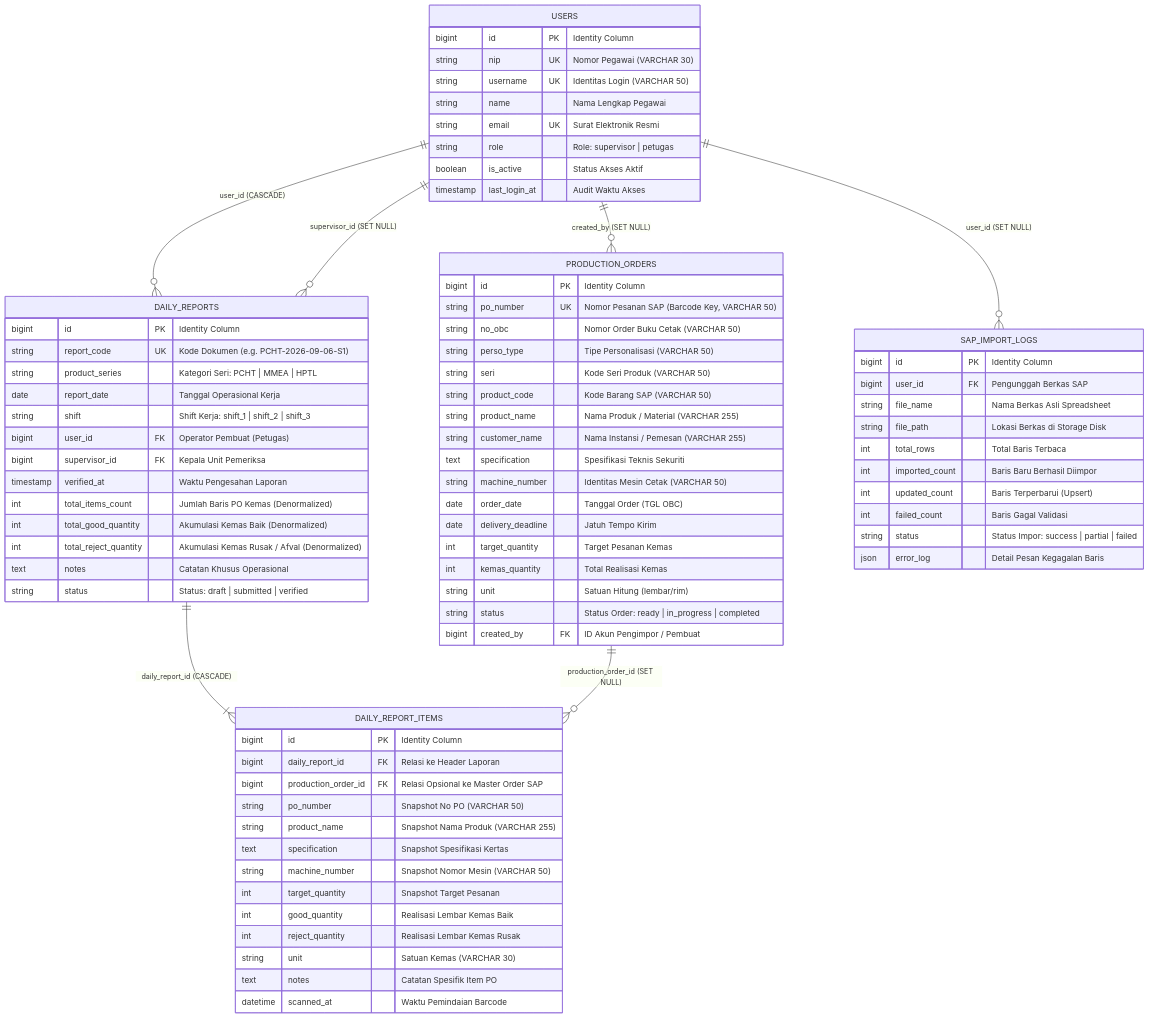
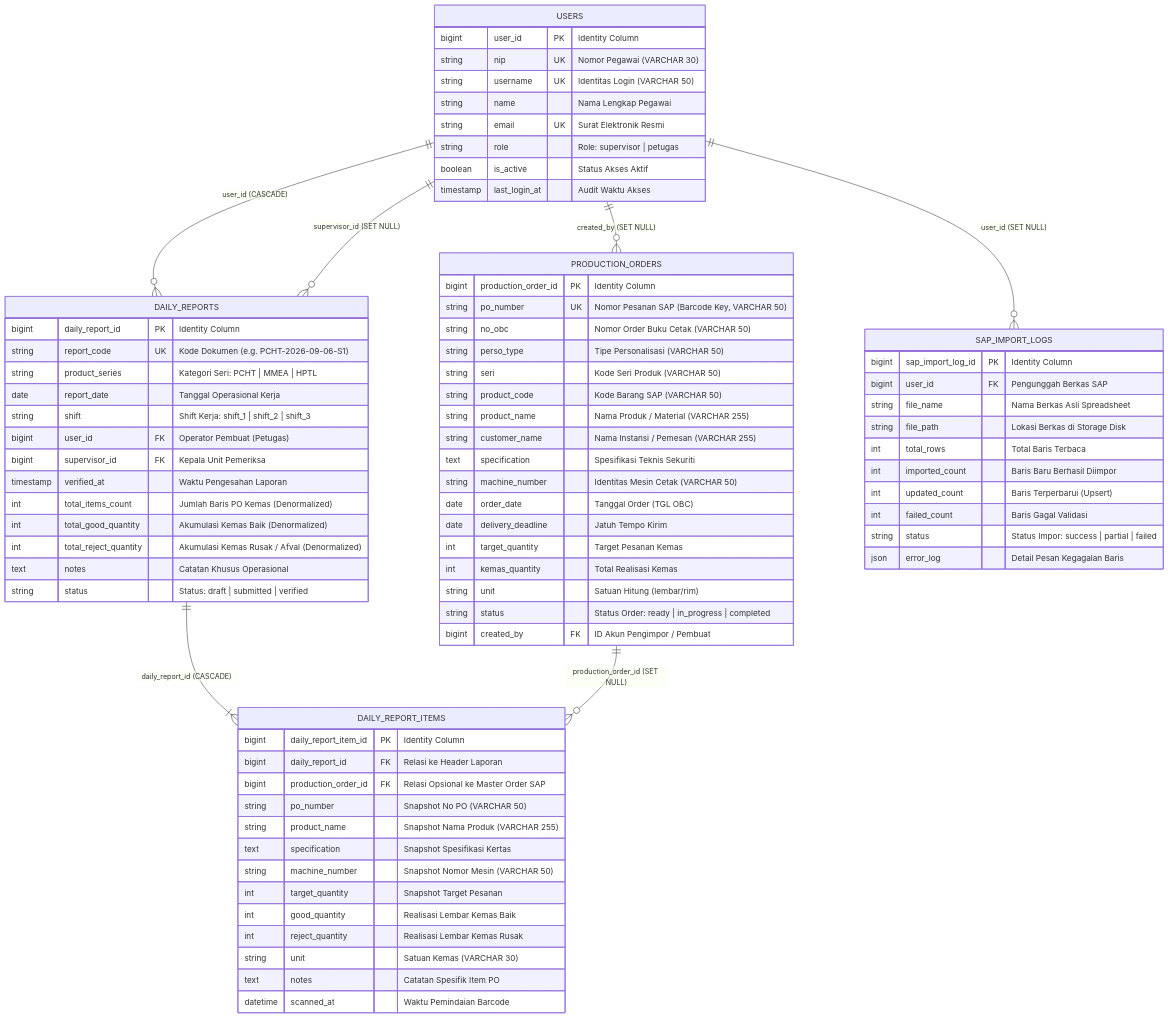
The second of 4 diagrams in docs/architecture.md (ZulfikarHD/scan-produksi), drawn with Mermaid before and after one commit. The commit also changed other lines of this file and 35 other files, not shown here.

```diff
--- a/docs/architecture.md
+++ b/docs/architecture.md
@@ -98,7 +98,7 @@
     PRODUCTION_ORDERS ||--o{ DAILY_REPORT_ITEMS : "production_order_id (SET NULL)"
 
     USERS {
-        bigint id PK "Identity Column"
+        bigint user_id PK "Identity Column"
         string nip UK "Nomor Pegawai (VARCHAR 30)"
         string username UK "Identitas Login (VARCHAR 50)"
         string name "Nama Lengkap Pegawai"
@@ -109,7 +109,7 @@
     }
 
     PRODUCTION_ORDERS {
-        bigint id PK "Identity Column"
+        bigint production_order_id PK "Identity Column"
         string po_number UK "Nomor Pesanan SAP (Barcode Key, VARCHAR 50)"
         string no_obc "Nomor Order Buku Cetak (VARCHAR 50)"
         string perso_type "Tipe Personalisasi (VARCHAR 50)"
@@ -129,7 +129,7 @@
     }
 
     DAILY_REPORTS {
-        bigint id PK "Identity Column"
+        bigint daily_report_id PK "Identity Column"
         string report_code UK "Kode Dokumen (e.g. PCHT-2026-09-06-S1)"
         string product_series "Kategori Seri: PCHT | MMEA | HPTL"
         date report_date "Tanggal Operasional Kerja"
@@ -145,7 +145,7 @@
     }
 
     DAILY_REPORT_ITEMS {
-        bigint id PK "Identity Column"
+        bigint daily_report_item_id PK "Identity Column"
         bigint daily_report_id FK "Relasi ke Header Laporan"
         bigint production_order_id FK "Relasi Opsional ke Master Order SAP"
         string po_number "Snapshot No PO (VARCHAR 50)"
@@ -161,7 +161,7 @@
     }
 
     SAP_IMPORT_LOGS {
-        bigint id PK "Identity Column"
+        bigint sap_import_log_id PK "Identity Column"
         bigint user_id FK "Pengunggah Berkas SAP"
         string file_name "Nama Berkas Asli Spreadsheet"
         string file_path "Lokasi Berkas di Storage Disk"
```
